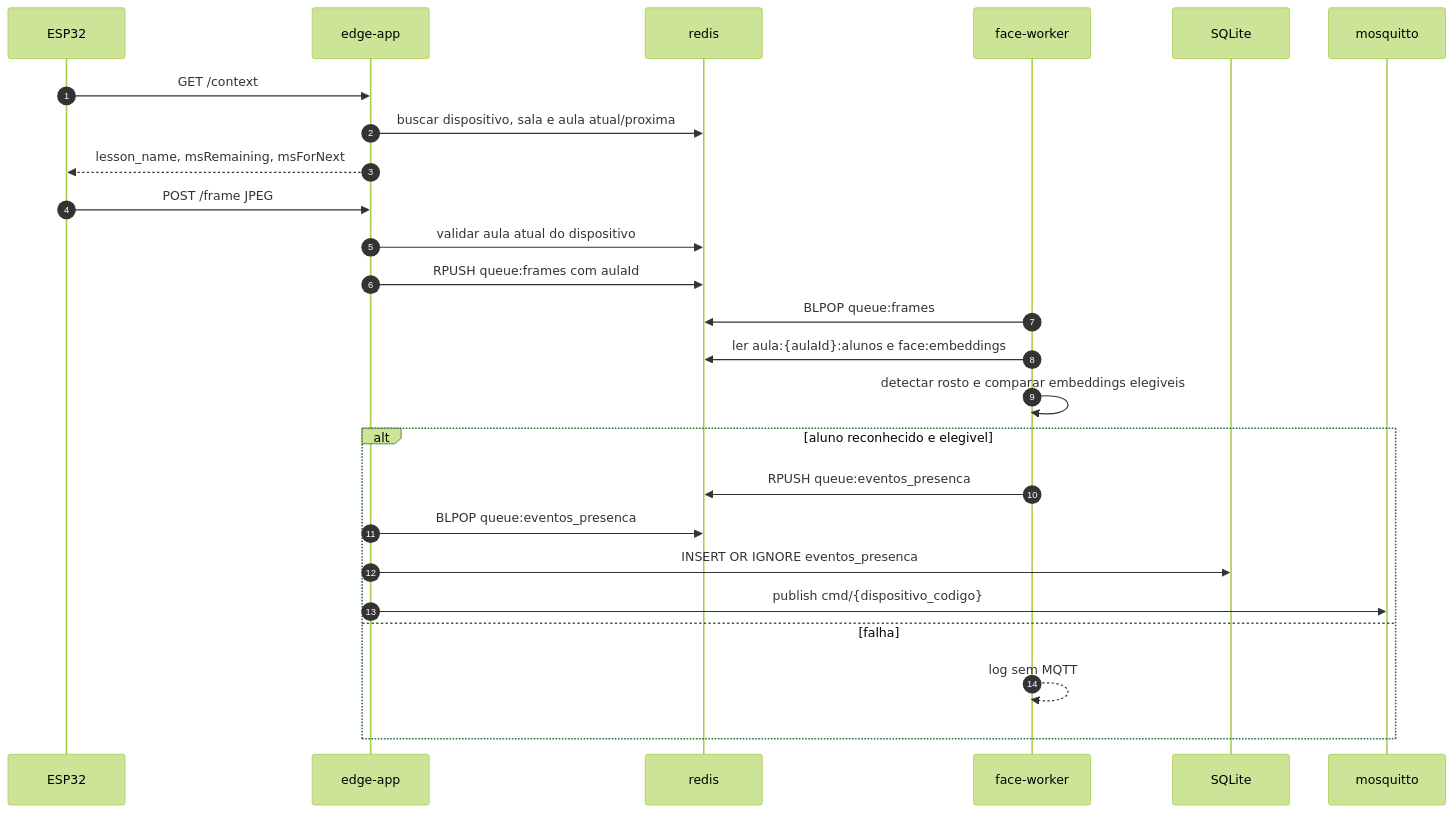
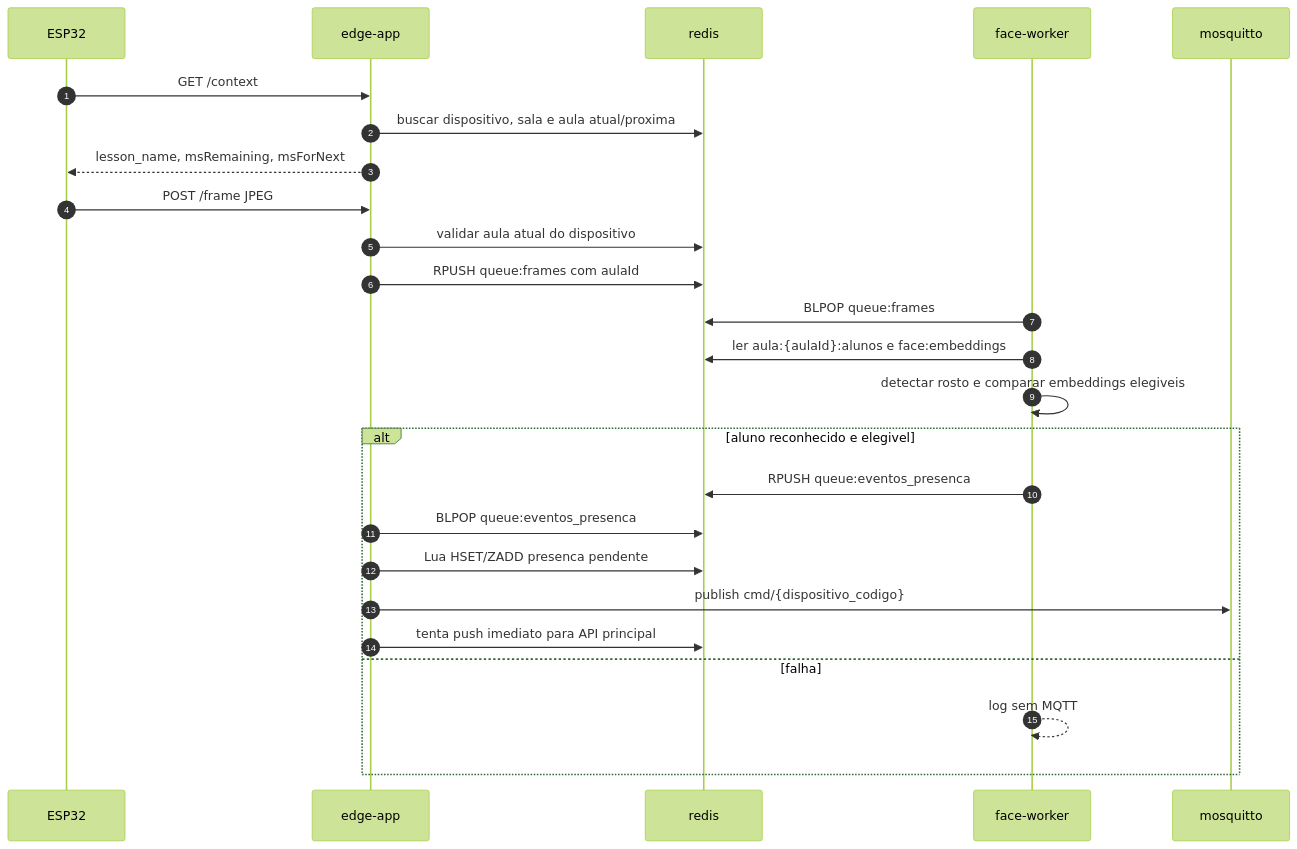
Before and after one commit to DanielKGM/autoponto-edgenode: the second of 3 diagrams in README.md, drawn with Mermaid (forest theme). The commit also changed other lines of this file and 21 other files, not shown here.

````diff
--- a/README.md
+++ b/README.md
@@ -232,28 +177,28 @@
 ```mermaid
 sequenceDiagram
   autonumber
   participant ESP as ESP32
   participant API as edge-app
   participant R as redis
   participant W as face-worker
-  participant DB as SQLite
   participant MQ as mosquitto
 
   ESP->>API: GET /context
   API->>R: buscar dispositivo, sala e aula atual/proxima
   API-->>ESP: lesson_name, msRemaining, msForNext
   ESP->>API: POST /frame JPEG
   API->>R: validar aula atual do dispositivo
   API->>R: RPUSH queue:frames com aulaId
   W->>R: BLPOP queue:frames
   W->>R: ler aula:{aulaId}:alunos e face:embeddings
   W->>W: detectar rosto e comparar embeddings elegiveis
   alt aluno reconhecido e elegivel
     W->>R: RPUSH queue:eventos_presenca
     API->>R: BLPOP queue:eventos_presenca
-    API->>DB: INSERT OR IGNORE eventos_presenca
+    API->>R: Lua HSET/ZADD presenca pendente
     API->>MQ: publish cmd/{dispositivo_codigo}
+    API->>R: tenta push imediato para API principal
   else falha
     W-->>W: log sem MQTT
   end
 ```
````
